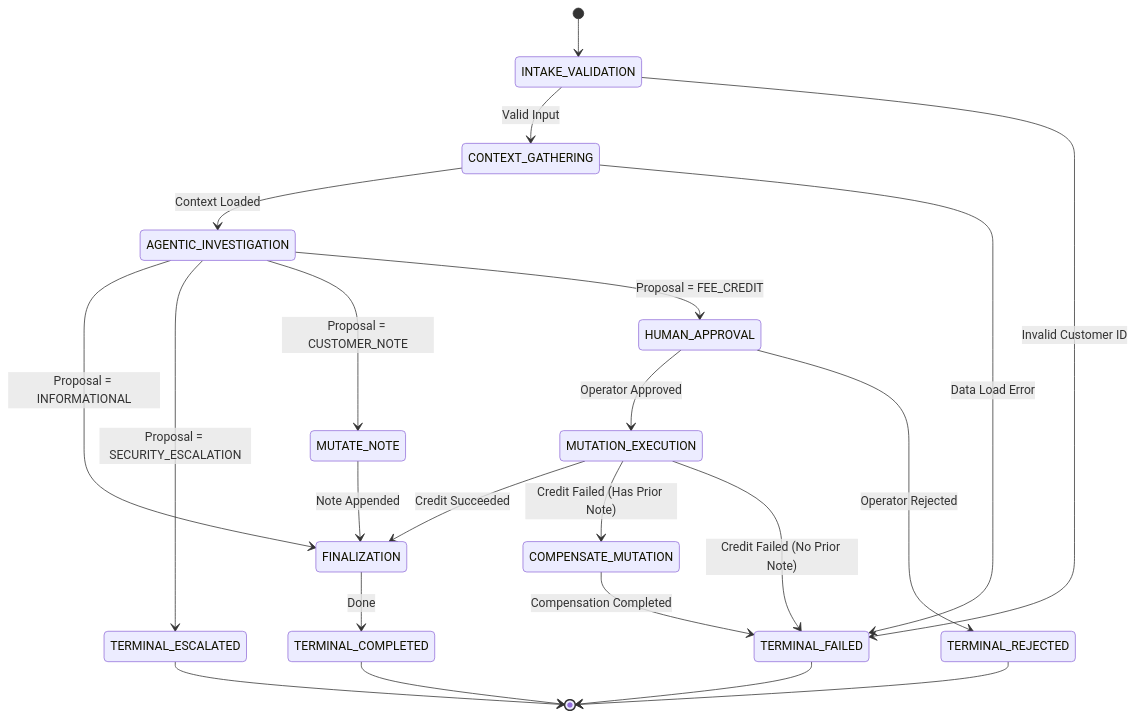
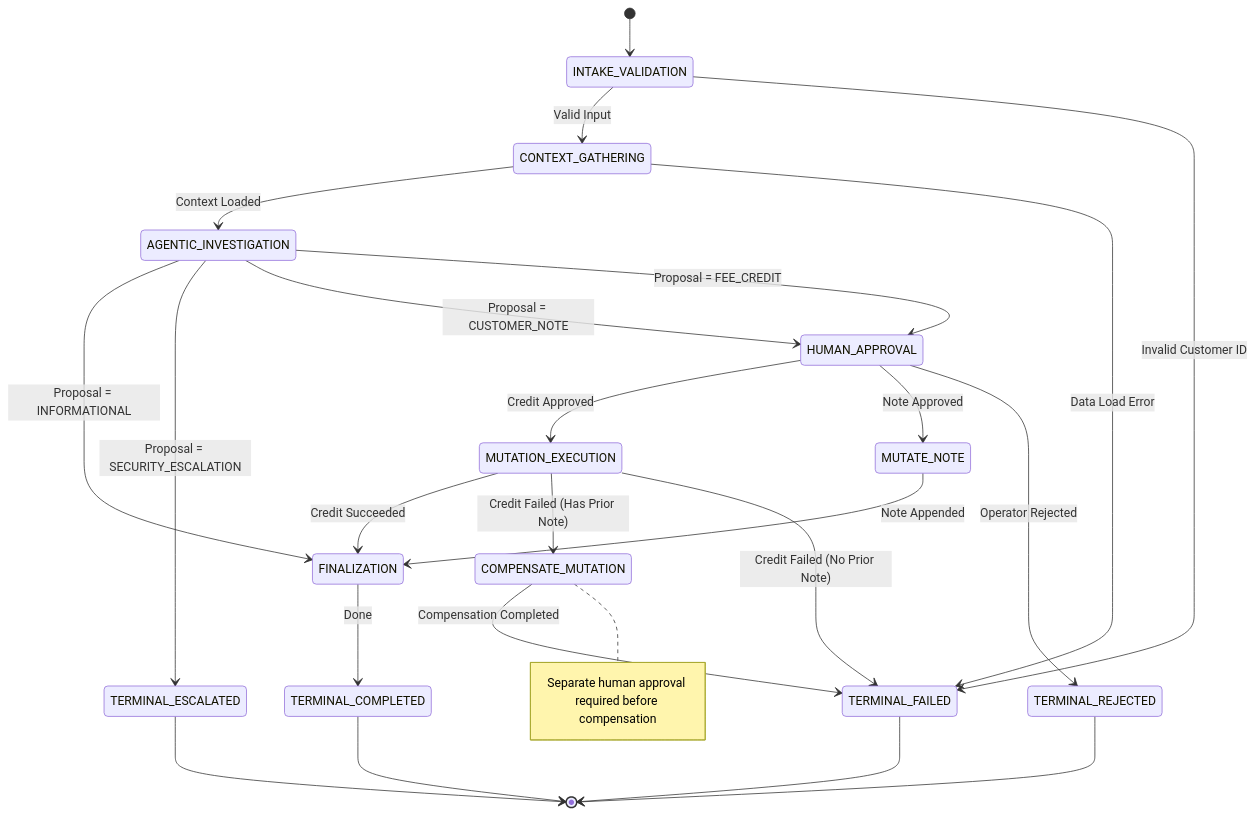
Before and after one commit to avadhut-kore/ai-application-architecture: the diagram in examples/agentic-workflow/README.md, drawn with Mermaid. The commit also changed other lines of this file and 304 other files, not shown here.

First line of the commit message:
fix(architecture): complete phase 1-7 remediation and verification

````diff
--- a/examples/agentic-workflow/README.md
+++ b/examples/agentic-workflow/README.md
@@ -75,32 +75,34 @@
 ```mermaid
 stateDiagram-v2
     [*] --> INTAKE_VALIDATION
     INTAKE_VALIDATION --> CONTEXT_GATHERING: Valid Input
     INTAKE_VALIDATION --> TERMINAL_FAILED: Invalid Customer ID
 
     CONTEXT_GATHERING --> AGENTIC_INVESTIGATION: Context Loaded
     CONTEXT_GATHERING --> TERMINAL_FAILED: Data Load Error
 
     AGENTIC_INVESTIGATION --> FINALIZATION: Proposal = INFORMATIONAL
     AGENTIC_INVESTIGATION --> TERMINAL_ESCALATED: Proposal = SECURITY_ESCALATION
-    AGENTIC_INVESTIGATION --> MUTATE_NOTE: Proposal = CUSTOMER_NOTE
+    AGENTIC_INVESTIGATION --> HUMAN_APPROVAL: Proposal = CUSTOMER_NOTE
     AGENTIC_INVESTIGATION --> HUMAN_APPROVAL: Proposal = FEE_CREDIT
 
-    HUMAN_APPROVAL --> MUTATION_EXECUTION: Operator Approved
+    HUMAN_APPROVAL --> MUTATION_EXECUTION: Credit Approved
+    HUMAN_APPROVAL --> MUTATE_NOTE: Note Approved
     HUMAN_APPROVAL --> TERMINAL_REJECTED: Operator Rejected
 
     MUTATE_NOTE --> FINALIZATION: Note Appended
 
     MUTATION_EXECUTION --> FINALIZATION: Credit Succeeded
     MUTATION_EXECUTION --> COMPENSATE_MUTATION: Credit Failed (Has Prior Note)
     MUTATION_EXECUTION --> TERMINAL_FAILED: Credit Failed (No Prior Note)
 
     COMPENSATE_MUTATION --> TERMINAL_FAILED: Compensation Completed
+    note right of COMPENSATE_MUTATION: Separate human approval required before compensation
 
     FINALIZATION --> TERMINAL_COMPLETED: Done
 
     TERMINAL_COMPLETED --> [*]
     TERMINAL_FAILED --> [*]
     TERMINAL_REJECTED --> [*]
     TERMINAL_ESCALATED --> [*]
 ```
````
